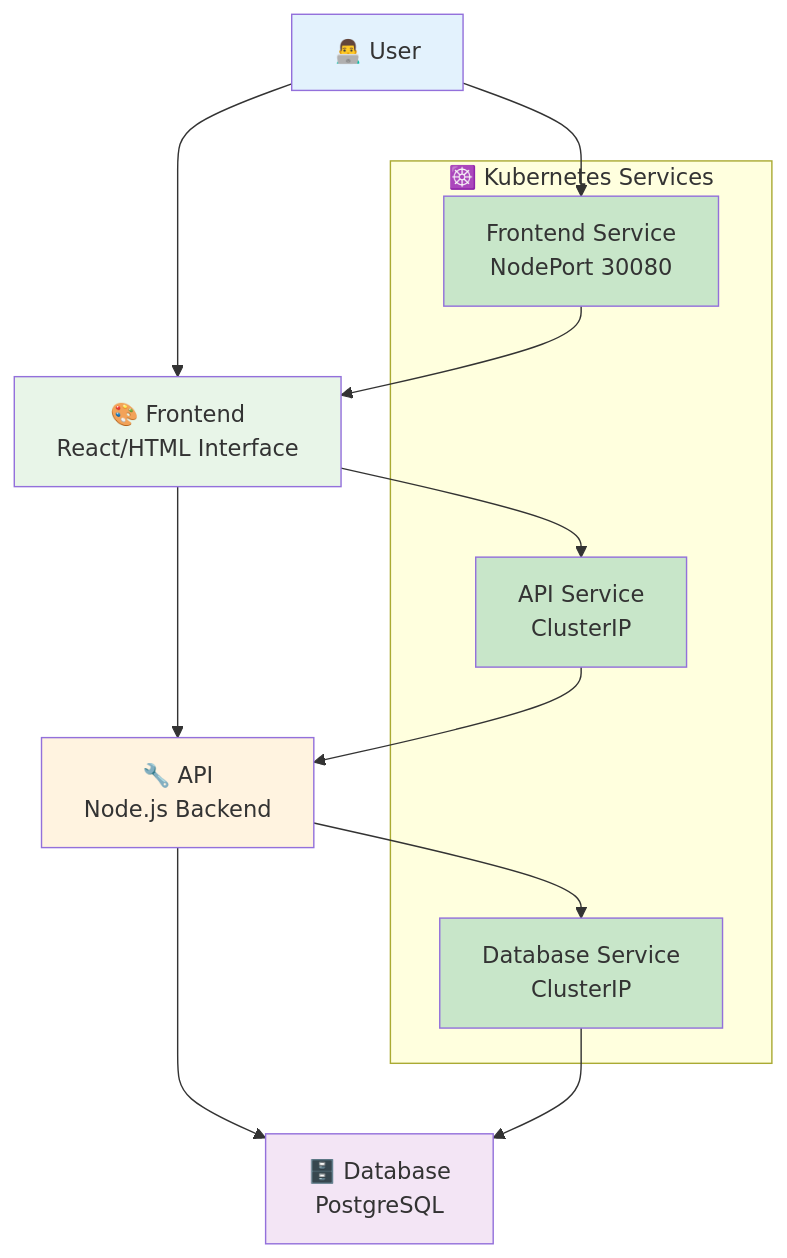
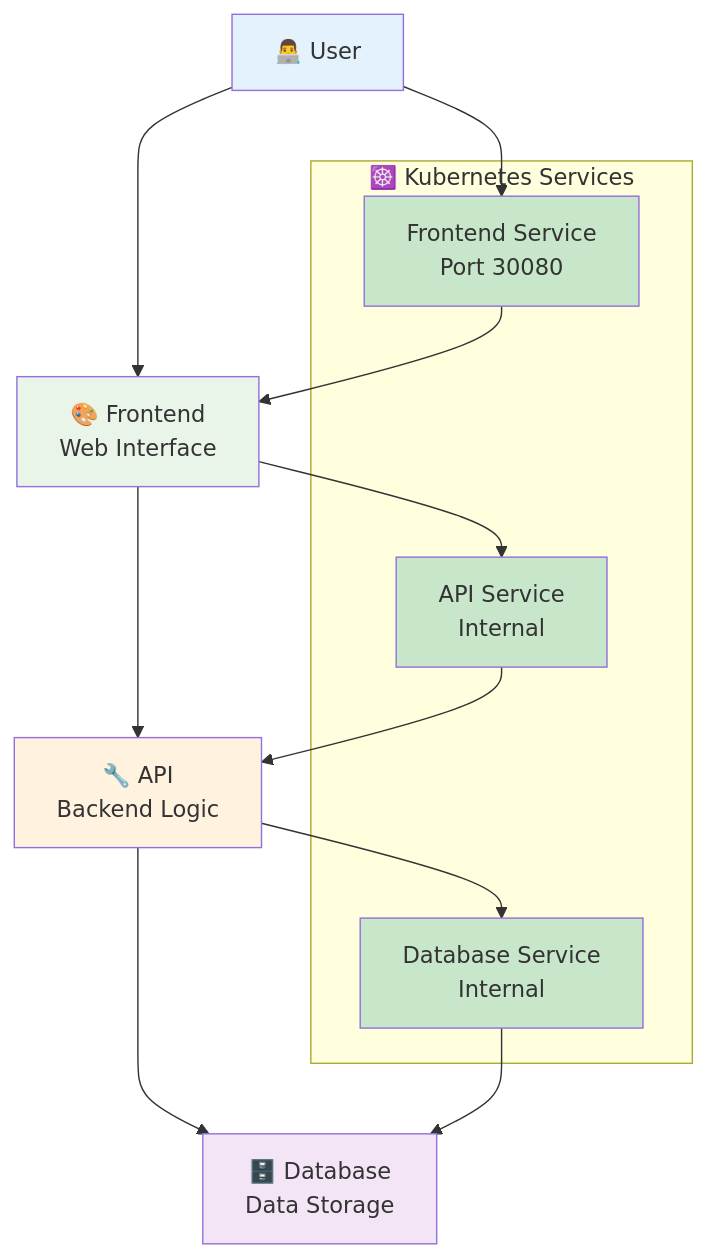
One commit to manikcloud/cloud-devops-learning-path changed the diagram in Section-2-DevOps/Session-7_Kubernetes/06-project/README.md. Above: the diagram before and after it, drawn with Mermaid. The commit also changed other lines of this file and 2 other files, not shown here.

````diff
--- a/Section-2-DevOps/Session-7_Kubernetes/06-project/README.md
+++ b/Section-2-DevOps/Session-7_Kubernetes/06-project/README.md
@@ -18,27 +15,27 @@
 ```mermaid
 graph TB
-    USER[👨‍💻 User] --> FRONTEND[🎨 Frontend<br/>React/HTML Interface]
-    FRONTEND --> API[🔧 API<br/>Node.js Backend]
-    API --> DB[🗄️ Database<br/>PostgreSQL]
+    USER[👨‍💻 User] --> FRONTEND[🎨 Frontend<br/>Web Interface]
+    FRONTEND --> API[🔧 API<br/>Backend Logic]
+    API --> DB[🗄️ Database<br/>Data Storage]
     
     subgraph "☸️ Kubernetes Services"
-        FSVC[Frontend Service<br/>NodePort 30080]
-        ASVC[API Service<br/>ClusterIP]
-        DSVC[Database Service<br/>ClusterIP]
+        FSVC[Frontend Service<br/>Port 30080]
+        ASVC[API Service<br/>Internal]
+        DSVC[Database Service<br/>Internal]
     end
     
     USER --> FSVC
     FSVC --> FRONTEND
     FRONTEND --> ASVC
     ASVC --> API
     API --> DSVC
     DSVC --> DB
     
     style USER fill:#e3f2fd
     style FRONTEND fill:#e8f5e8
     style API fill:#fff3e0
     style DB fill:#f3e5f5
     style FSVC fill:#c8e6c9
     style ASVC fill:#c8e6c9
     style DSVC fill:#c8e6c9
 ```
````
